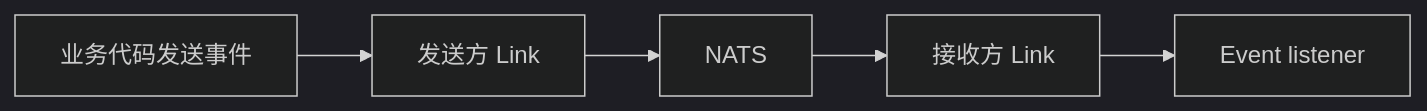
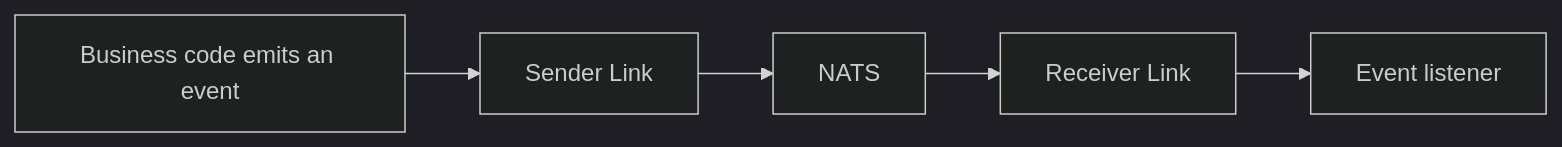
One commit to yorun-ai/vine-site changed the first of 2 diagrams in docs/framework/event-task.md. Above: the diagram before and after it, drawn with Mermaid (dark theme). The commit also changed other lines of this file and 107 other files, not shown here.

````diff
--- a/docs/framework/event-task.md
+++ b/docs/framework/event-task.md
@@ -60,4 +60,4 @@
 ```mermaid
 flowchart LR
-  Emitter["业务代码发送事件"] --> LinkA["发送方 Link"] --> NATS["NATS"] --> LinkB["接收方 Link"] --> Listener["Event listener"]
+  Emitter["Business code emits an event"] --> LinkA["Sender Link"] --> NATS["NATS"] --> LinkB["Receiver Link"] --> Listener["Event listener"]
 ```
````
